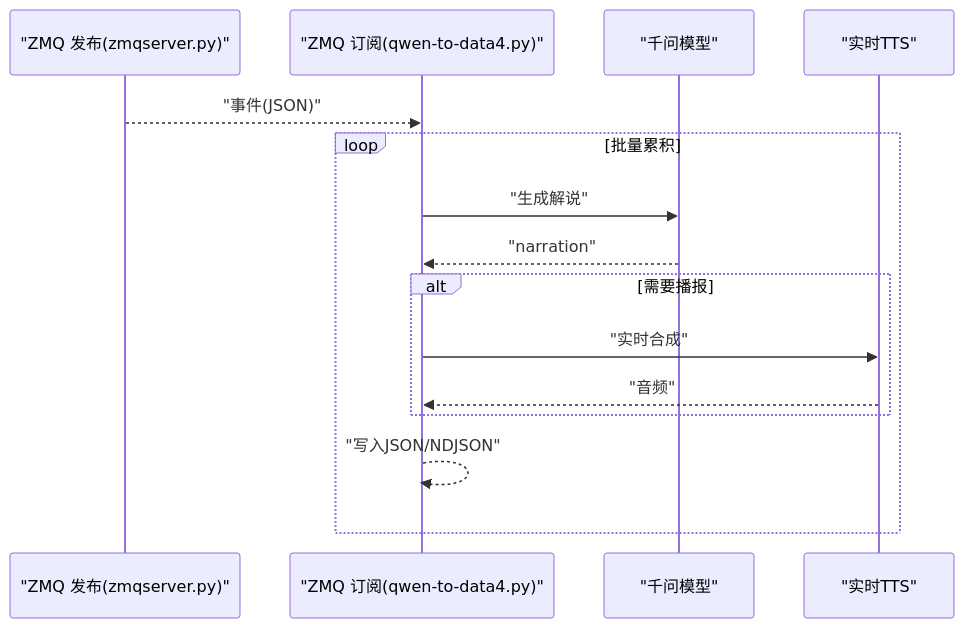
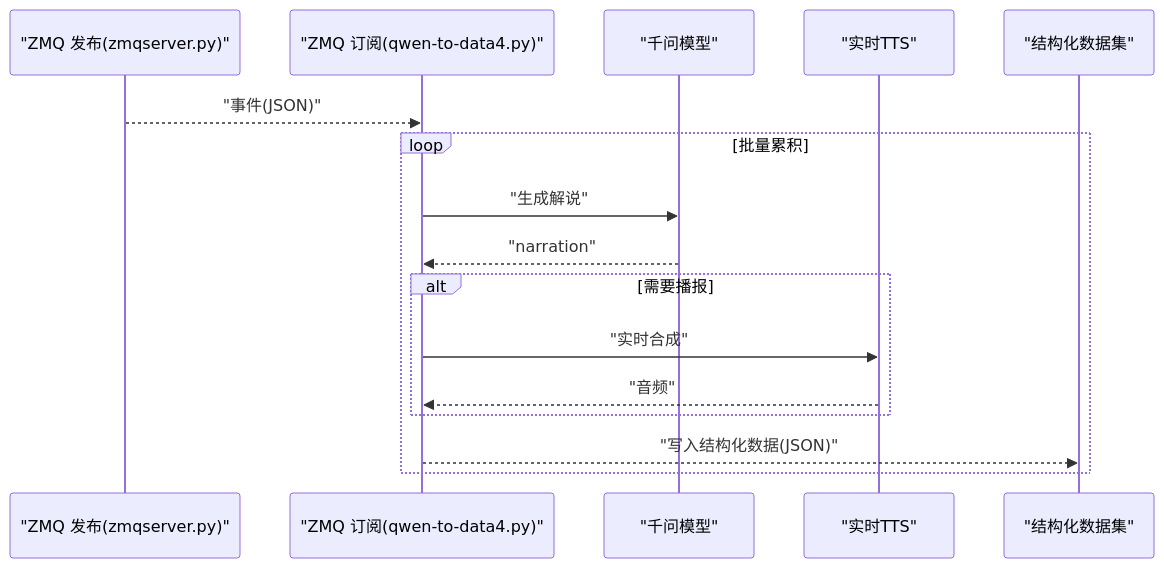
Before and after one commit to 1024dashen/Vue3Speech: the sixth of 7 diagrams in .qoder/repowiki/zh/content/部署与运维/故障排除与维护.md, drawn with Mermaid. The commit also changed other lines of this file and 5 other files, not shown here.

````diff
--- a/.qoder/repowiki/zh/content/部署与运维/故障排除与维护.md
+++ b/.qoder/repowiki/zh/content/部署与运维/故障排除与维护.md
@@ -240,17 +262,18 @@
 ```mermaid
 sequenceDiagram
 participant PUB as "ZMQ 发布(zmqserver.py)"
 participant SUB as "ZMQ 订阅(qwen-to-data4.py)"
 participant LLM as "千问模型"
 participant TTS as "实时TTS"
+participant FLASH as "结构化数据集"
 PUB-->>SUB : "事件(JSON)"
 loop 批量累积
 SUB->>LLM : "生成解说"
 LLM-->>SUB : "narration"
 alt 需要播报
 SUB->>TTS : "实时合成"
 TTS-->>SUB : "音频"
 end
-SUB-->>SUB : "写入JSON/NDJSON"
+SUB-->>FLASH : "写入结构化数据(JSON)"
 end
 ```
````
